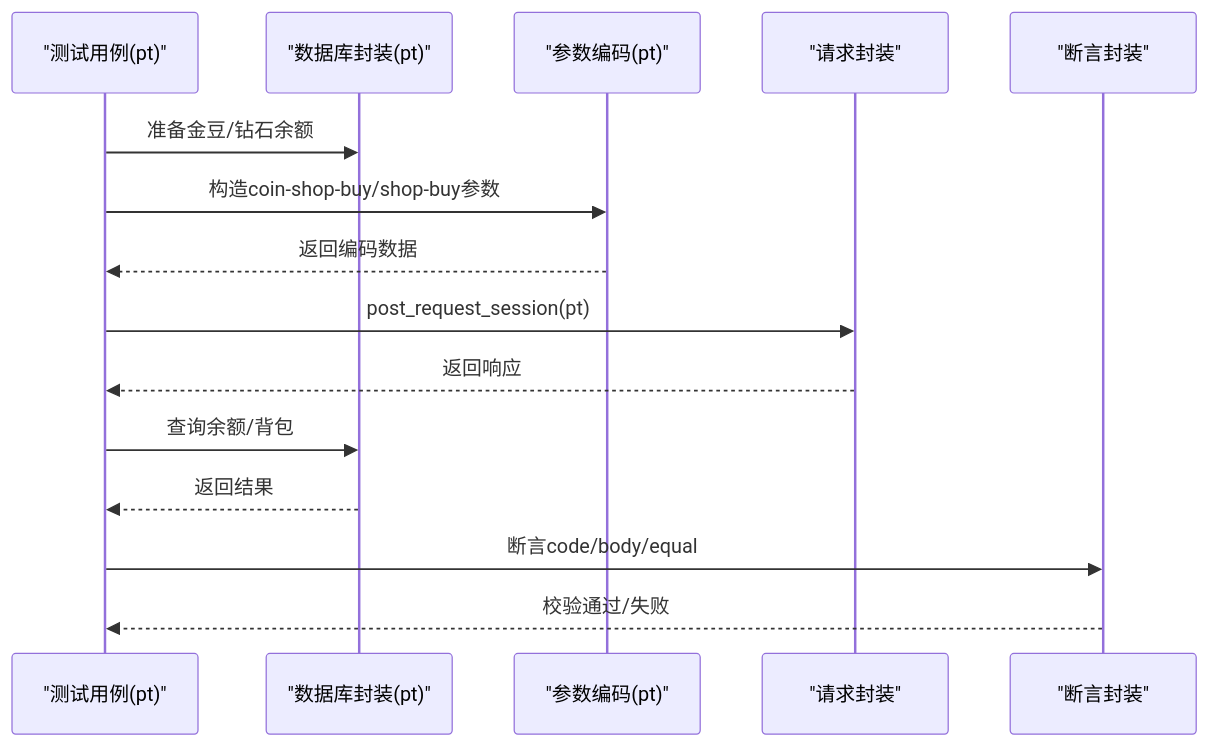
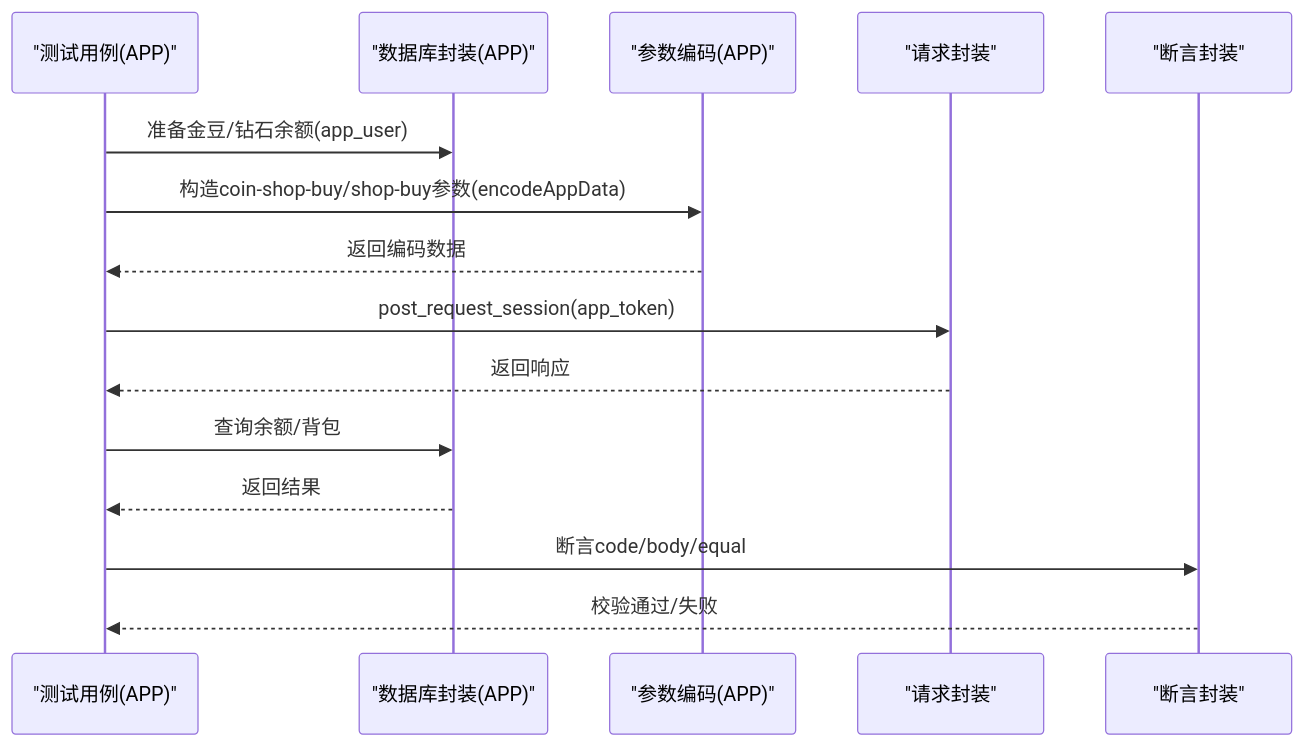
Before and after one commit to liximing1-ola/qa-payTest: the fifth of 9 diagrams in .qoder/repowiki/zh/content/支付测试用例/商城购买测试.md, drawn with Mermaid. The commit also changed other lines of this file and 6 other files, not shown here.

````diff
--- a/.qoder/repowiki/zh/content/支付测试用例/商城购买测试.md
+++ b/.qoder/repowiki/zh/content/支付测试用例/商城购买测试.md
@@ -240,17 +246,17 @@
 ```mermaid
 sequenceDiagram
-participant T as "测试用例(pt)"
-participant PM as "数据库封装(pt)"
-participant E as "参数编码(pt)"
+participant T as "测试用例(APP)"
+participant PM as "数据库封装(APP)"
+participant E as "参数编码(APP)"
 participant R as "请求封装"
 participant A as "断言封装"
-T->>PM : 准备金豆/钻石余额
-T->>E : 构造coin-shop-buy/shop-buy参数
+T->>PM : 准备金豆/钻石余额(app_user)
+T->>E : 构造coin-shop-buy/shop-buy参数(encodeAppData)
 E-->>T : 返回编码数据
-T->>R : post_request_session(pt)
+T->>R : post_request_session(app_token)
 R-->>T : 返回响应
 T->>PM : 查询余额/背包
 PM-->>T : 返回结果
 T->>A : 断言code/body/equal
 A-->>T : 校验通过/失败
 ```
````
